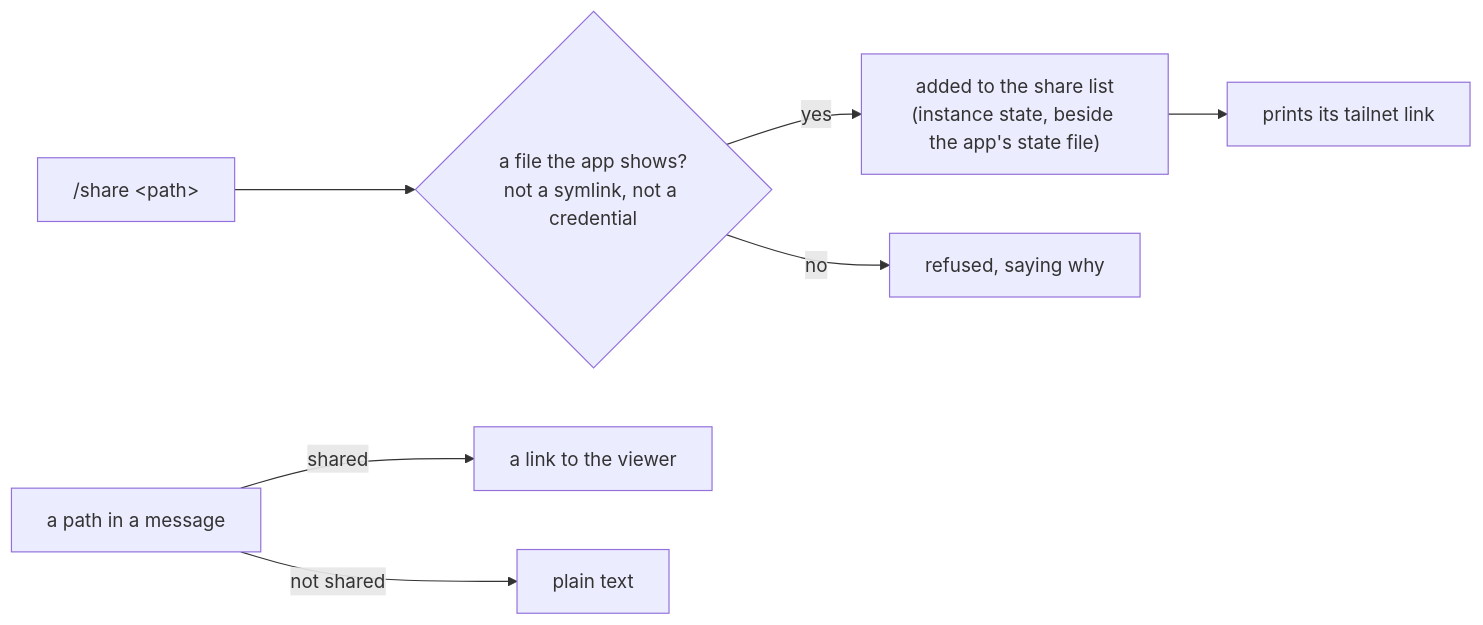
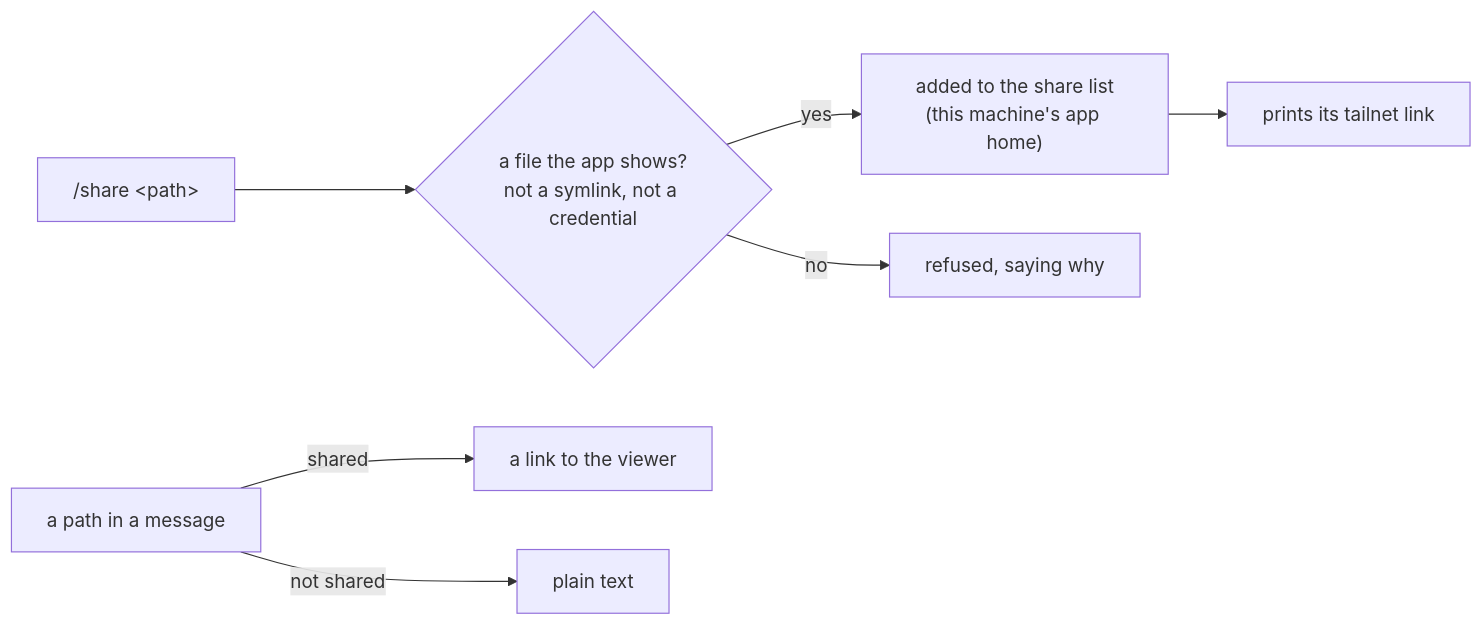
Before and after one commit to sultanassi95/mission-control: the diagram in .claude/skills/share/SKILL.md, drawn with Mermaid. The commit also changed other lines of this file and 23 other files, not shown here.

````diff
--- a/.claude/skills/share/SKILL.md
+++ b/.claude/skills/share/SKILL.md
@@ -13,8 +13,8 @@
 ```mermaid
 flowchart LR
   F["/share &lt;path&gt;"] --> C{"a file the app shows?<br/>not a symlink, not a credential"}
-  C -->|yes| L["added to the share list<br/>(instance state, beside the app's state file)"] --> K["prints its tailnet link"]
+  C -->|yes| L["added to the share list<br/>(this machine's app home)"] --> K["prints its tailnet link"]
   C -->|no| R["refused, saying why"]
   P["a path in a message"] -->|"shared"| A["a link to the viewer"]
   P -->|"not shared"| T["plain text"]
 ```
````
